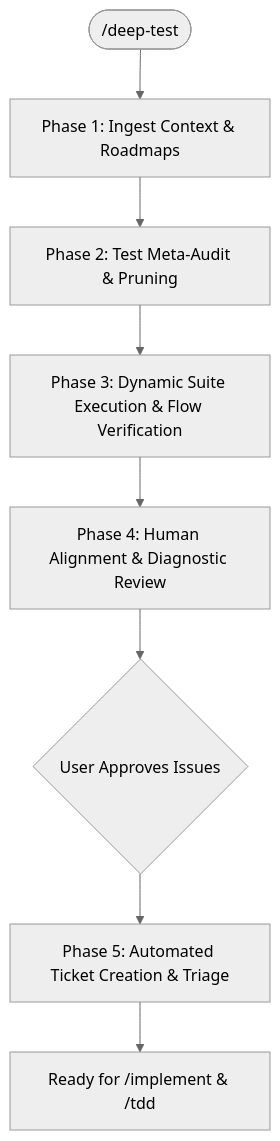
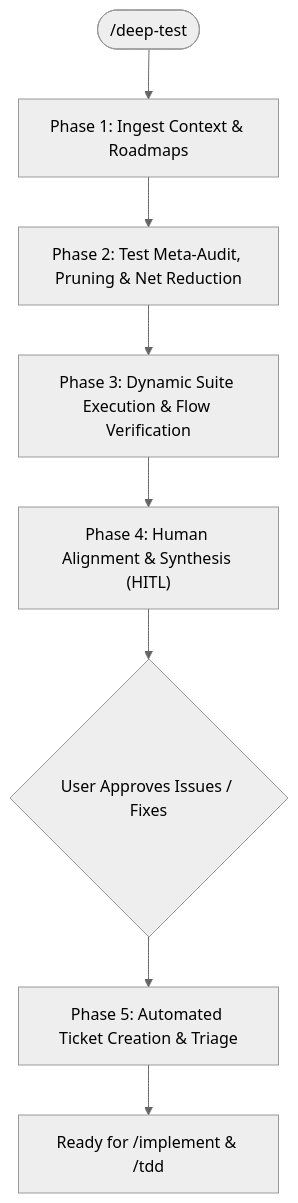
Before and after one commit to mcinnisd/gymbro: the diagram in .agents/skills/deep-test/SKILL.md, drawn with Mermaid (neutral theme). The commit also changed other lines of this file and 43 other files, not shown here.

````diff
--- a/.agents/skills/deep-test/SKILL.md
+++ b/.agents/skills/deep-test/SKILL.md
@@ -25,10 +31,10 @@
 ```mermaid
 flowchart TD
     Start(["/deep-test"]) --> Phase1["Phase 1: Ingest Context & Roadmaps"]
-    Phase1 --> Phase2["Phase 2: Test Meta-Audit & Pruning"]
+    Phase1 --> Phase2["Phase 2: Test Meta-Audit, Pruning & Net Reduction"]
     Phase2 --> Phase3["Phase 3: Dynamic Suite Execution & Flow Verification"]
-    Phase3 --> Phase4["Phase 4: Human Alignment & Diagnostic Review"]
-    Phase4 --> UserFeedback{"User Approves Issues"}
+    Phase3 --> Phase4["Phase 4: Human Alignment & Synthesis (HITL)"]
+    Phase4 --> UserFeedback{"User Approves Issues / Fixes"}
     UserFeedback --> Phase5["Phase 5: Automated Ticket Creation & Triage"]
     Phase5 --> FixPhase["Ready for /implement & /tdd"]
 ```
````
